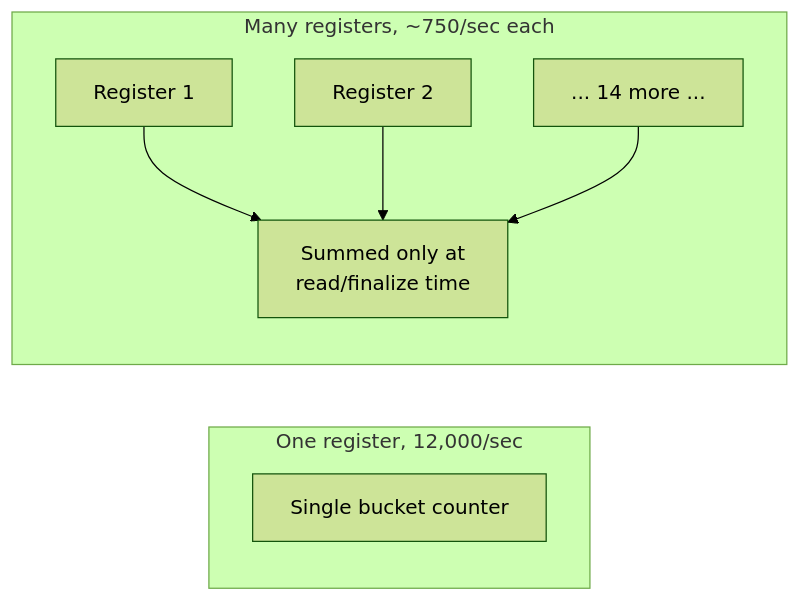
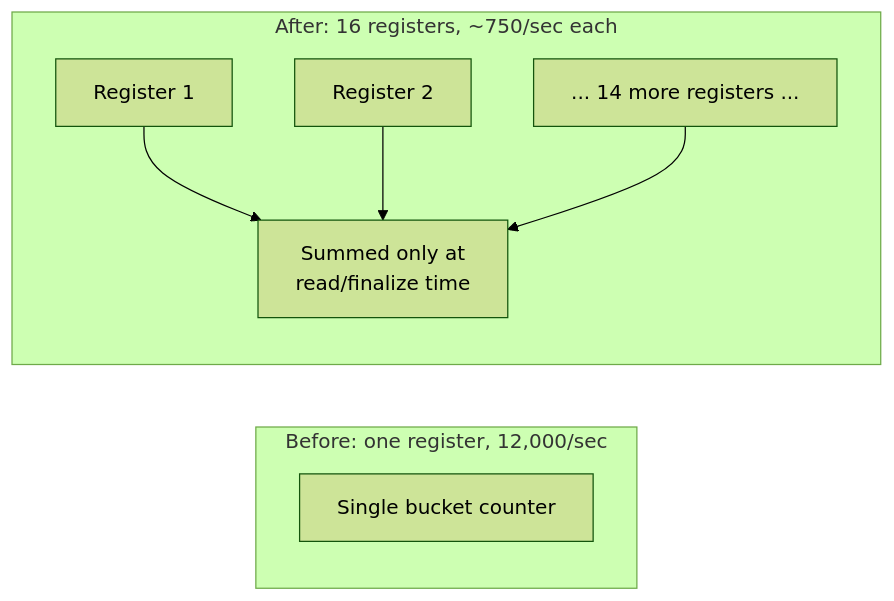
Before and after one commit to riyaz-pasha/Learnings: the tenth of 12 diagrams in system-design/HLD/0-course/63-Design-an-Ad-Click-Aggregation-System-FAANG-Guide-story.md, drawn with Mermaid (forest theme). The commit also changed other lines of this file and 1 other file, not shown here.

Commit message:
[REWRITE] Ad Click Aggregation System story guide: simplify prose, add structure, fix diagrams

````diff
--- a/system-design/HLD/0-course/63-Design-an-Ad-Click-Aggregation-System-FAANG-Guide-story.md
+++ b/system-design/HLD/0-course/63-Design-an-Ad-Click-Aggregation-System-FAANG-Guide-story.md
@@ -237,15 +575,15 @@
 ```mermaid
 flowchart LR
-    subgraph Before["One register, 12,000/sec"]
+    subgraph Before["Before: one register, 12,000/sec"]
         C1["Single bucket counter"]
     end
-    subgraph After["Many registers, ~750/sec each"]
+    subgraph After["After: 16 registers, ~750/sec each"]
         R1["Register 1"]
         R2["Register 2"]
-        Rn["... 14 more ..."]
-        Sum["Summed only at\nread/finalize time"]
+        Rn["... 14 more registers ..."]
+        Sum["Summed only at<br/>read/finalize time"]
         R1 --> Sum
         R2 --> Sum
         Rn --> Sum
     end
 ```
````
